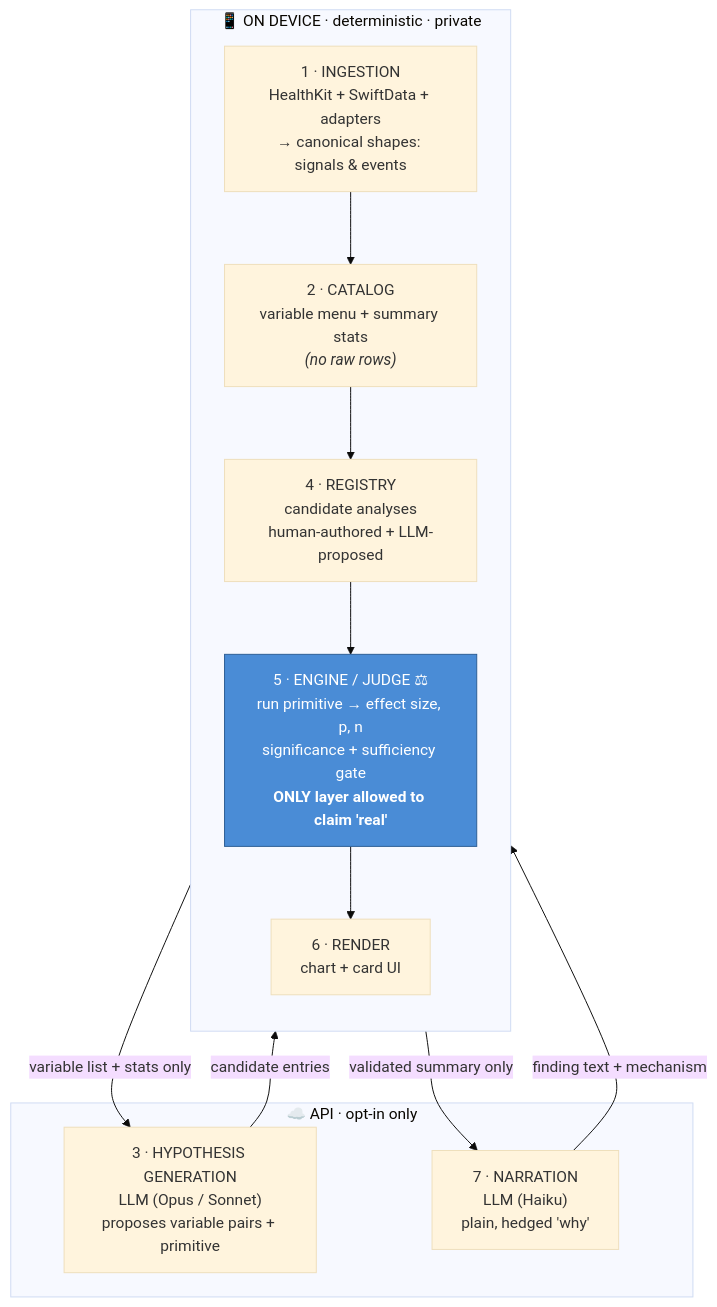
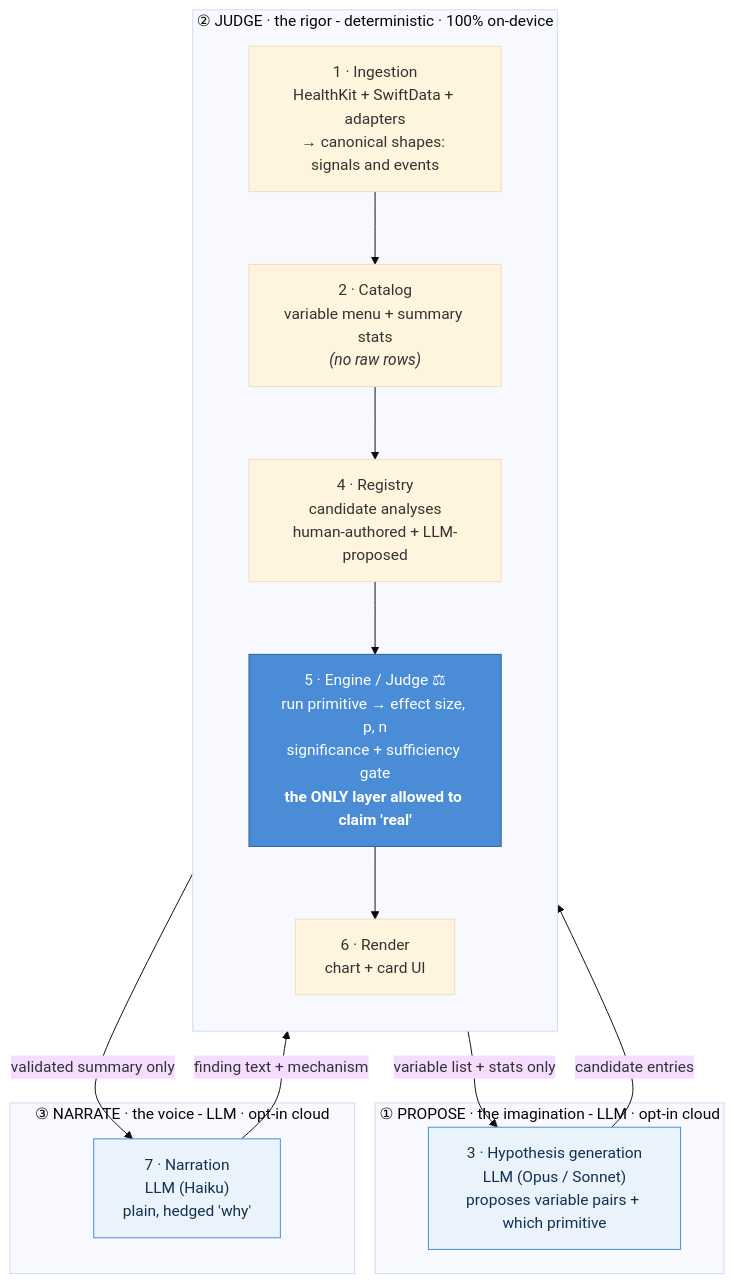
The first of 2 diagrams in docs/intelligence-architecture.md (bhavbhasin/pd-companion), drawn with Mermaid (base theme) before and after one commit. The commit also changed other lines of this file, not shown here.

````diff
--- a/docs/intelligence-architecture.md
+++ b/docs/intelligence-architecture.md
@@ -24,25 +24,30 @@
 ```mermaid
 flowchart TB
-  subgraph device["📱 ON DEVICE · deterministic · private"]
+  subgraph L1["① PROPOSE · the imagination  -  LLM · opt-in cloud"]
+    H["3 · Hypothesis generation<br/>LLM (Opus / Sonnet)<br/>proposes variable pairs + which primitive"]
+  end
+
+  subgraph L2["② JUDGE · the rigor  -  deterministic · 100% on-device"]
     direction TB
-    I["1 · INGESTION<br/>HealthKit + SwiftData + adapters<br/>→ canonical shapes: signals & events"]
-    C["2 · CATALOG<br/>variable menu + summary stats<br/><i>(no raw rows)</i>"]
-    R["4 · REGISTRY<br/>candidate analyses<br/>human-authored + LLM-proposed"]
-    J["5 · ENGINE / JUDGE ⚖<br/>run primitive → effect size, p, n<br/>significance + sufficiency gate<br/><b>ONLY layer allowed to claim 'real'</b>"]
-    V["6 · RENDER<br/>chart + card UI"]
+    I["1 · Ingestion<br/>HealthKit + SwiftData + adapters<br/>→ canonical shapes: signals and events"]
+    C["2 · Catalog<br/>variable menu + summary stats<br/><i>(no raw rows)</i>"]
+    R["4 · Registry<br/>candidate analyses<br/>human-authored + LLM-proposed"]
+    J["5 · Engine / Judge ⚖<br/>run primitive → effect size, p, n<br/>significance + sufficiency gate<br/><b>the ONLY layer allowed to claim 'real'</b>"]
+    V["6 · Render<br/>chart + card UI"]
     I --> C --> R --> J --> V
   end
 
-  subgraph api["☁️ API · opt-in only"]
-    H["3 · HYPOTHESIS GENERATION<br/>LLM (Opus / Sonnet)<br/>proposes variable pairs + primitive"]
-    N["7 · NARRATION<br/>LLM (Haiku)<br/>plain, hedged 'why'"]
+  subgraph L3["③ NARRATE · the voice  -  LLM · opt-in cloud"]
+    N["7 · Narration<br/>LLM (Haiku)<br/>plain, hedged 'why'"]
   end
 
   C -- "variable list + stats only" --> H
   H -- "candidate entries" --> R
   J -- "validated summary only" --> N
   N -- "finding text + mechanism" --> V
 
+  classDef llm fill:#eaf2fb,stroke:#4A8CD6,color:#13314f;
   classDef judge fill:#4A8CD6,stroke:#2c5d94,color:#fff;
+  class H,N llm;
   class J judge;
 ```
````
